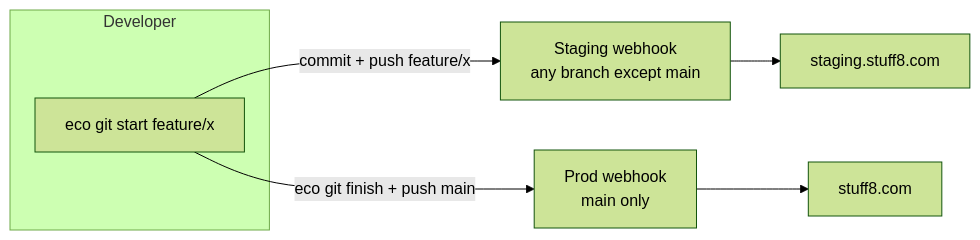
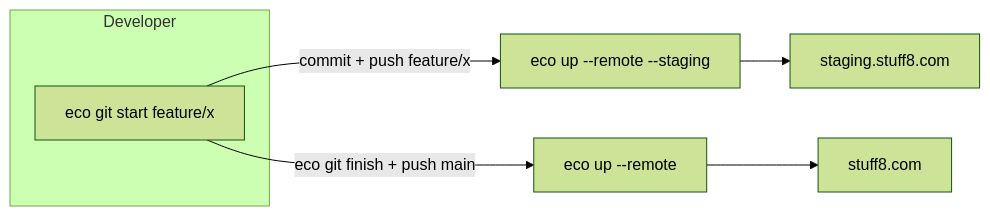
One commit to getecosphere/eco_docs changed the diagram in frontend/guide/prod-staging-workflow.md. Above: the diagram before and after it, drawn with Mermaid (forest theme). The commit also changed other lines of this file and 31 other files, not shown here.

````diff
--- a/frontend/guide/prod-staging-workflow.md
+++ b/frontend/guide/prod-staging-workflow.md
@@ -85,10 +80,10 @@
 ```mermaid
 flowchart LR
     subgraph Developer
         F[eco git start feature/x]
     end
-    F -->|commit + push feature/x| STG[Staging webhook<br/>any branch except main]
-    STG --> SD[staging.stuff8.com]
-    F -->|eco git finish + push main| PRD[Prod webhook<br/>main only]
-    PRD --> PD[stuff8.com]
+    F -->|commit + push feature/x| S[eco up --remote --staging]
+    S --> SD[staging.stuff8.com]
+    F -->|eco git finish + push main| P[eco up --remote]
+    P --> PD[stuff8.com]
 ```
````
